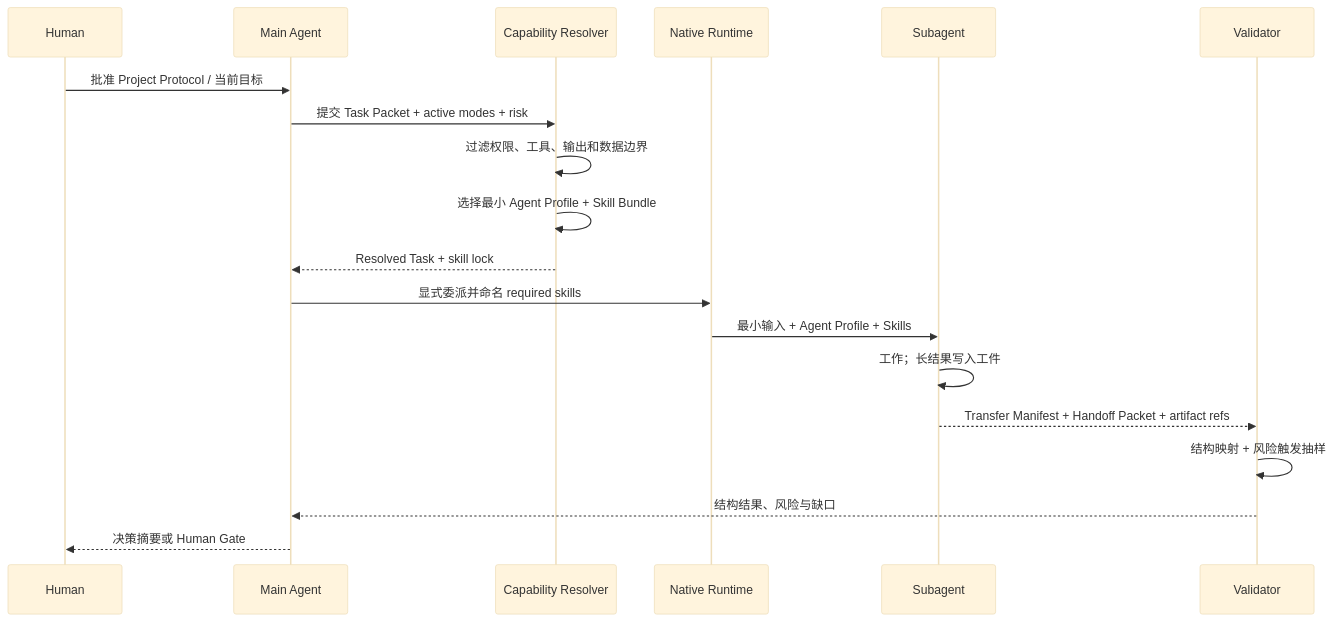
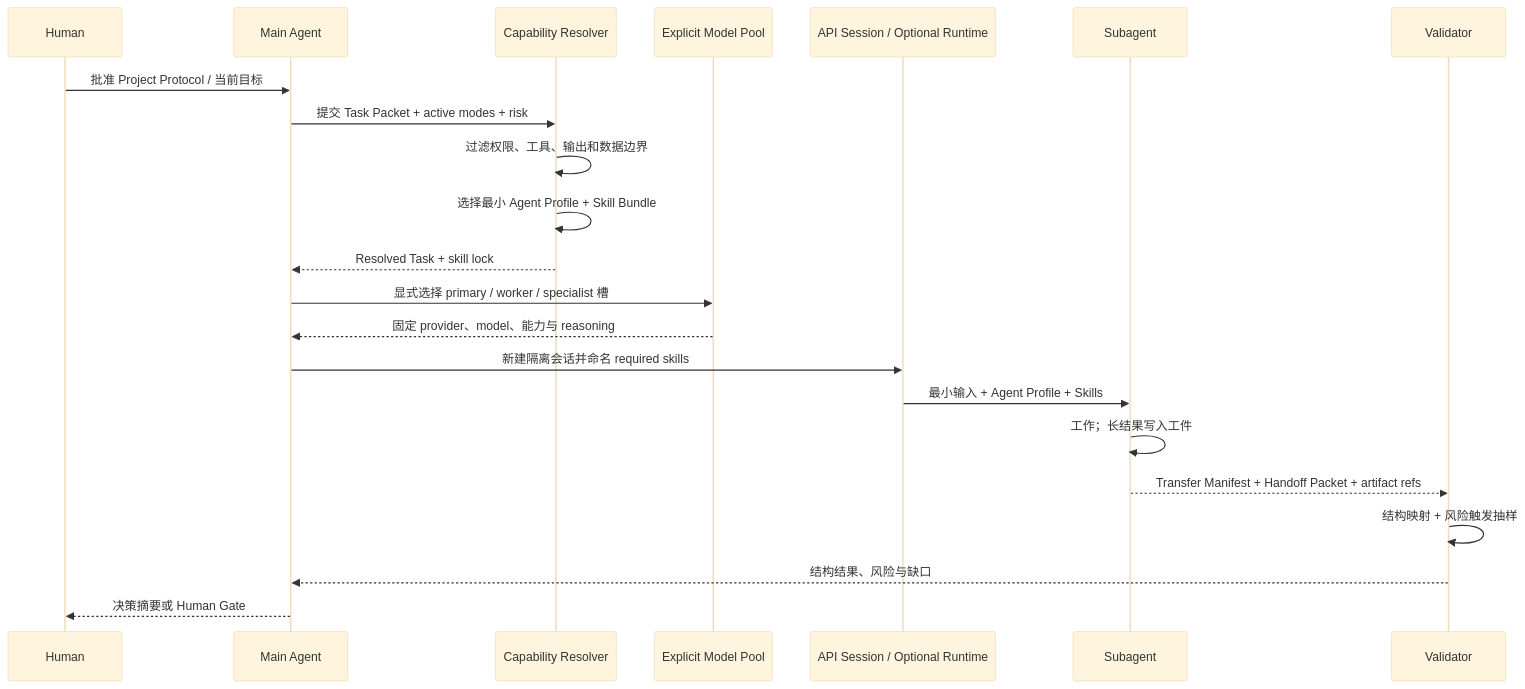
The second of 2 diagrams in docs/ARCHITECTURE.md (Chengyue-Lu/research-agent-workbench), drawn with Mermaid (base theme) before and after one commit. The commit also changed other lines of this file and 34 other files, not shown here.

````diff
--- a/docs/ARCHITECTURE.md
+++ b/docs/ARCHITECTURE.md
@@ -118,22 +138,25 @@
 ```mermaid
 sequenceDiagram
     participant H as Human
     participant M as Main Agent
     participant R as Capability Resolver
-    participant N as Native Runtime
+    participant P as Explicit Model Pool
+    participant N as API Session / Optional Runtime
     participant S as Subagent
     participant V as Validator
 
     H->>M: 批准 Project Protocol / 当前目标
     M->>R: 提交 Task Packet + active modes + risk
     R->>R: 过滤权限、工具、输出和数据边界
     R->>R: 选择最小 Agent Profile + Skill Bundle
     R-->>M: Resolved Task + skill lock
-    M->>N: 显式委派并命名 required skills
+    M->>P: 显式选择 primary / worker / specialist 槽
+    P-->>M: 固定 provider、model、能力与 reasoning
+    M->>N: 新建隔离会话并命名 required skills
     N->>S: 最小输入 + Agent Profile + Skills
     S->>S: 工作；长结果写入工件
     S-->>V: Transfer Manifest + Handoff Packet + artifact refs
     V->>V: 结构映射 + 风险触发抽样
     V-->>M: 结构结果、风险与缺口
     M-->>H: 决策摘要或 Human Gate
 ```
````
